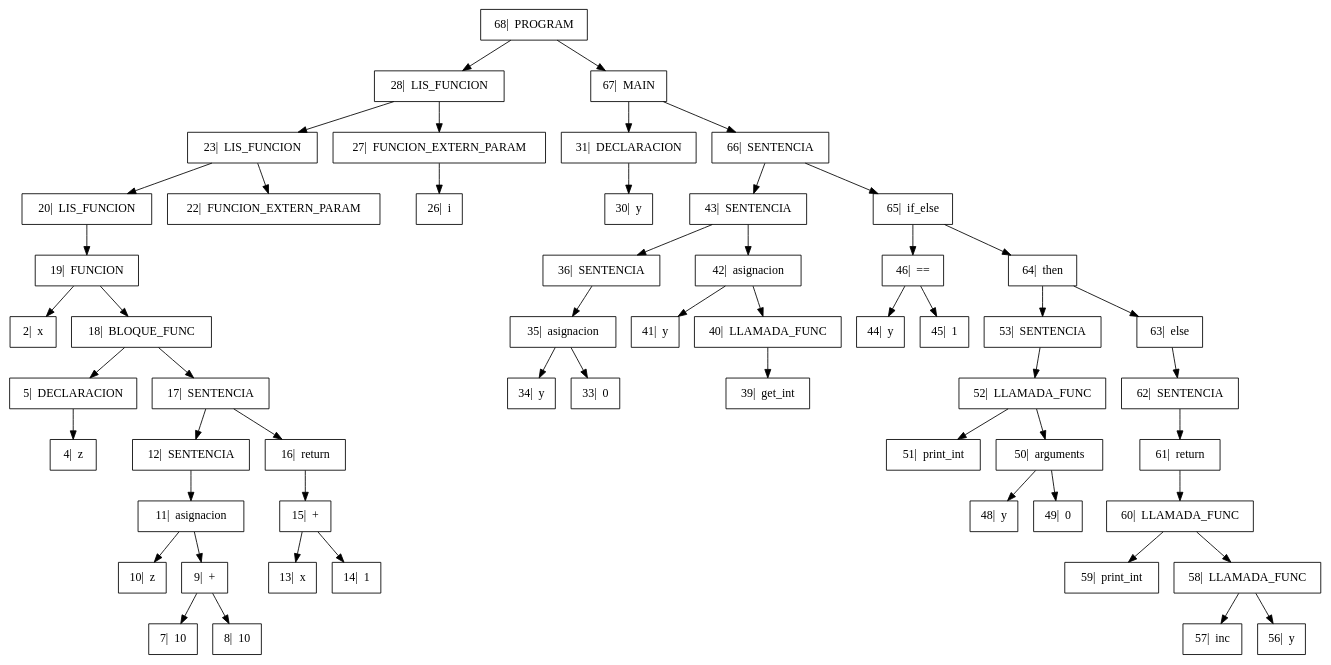
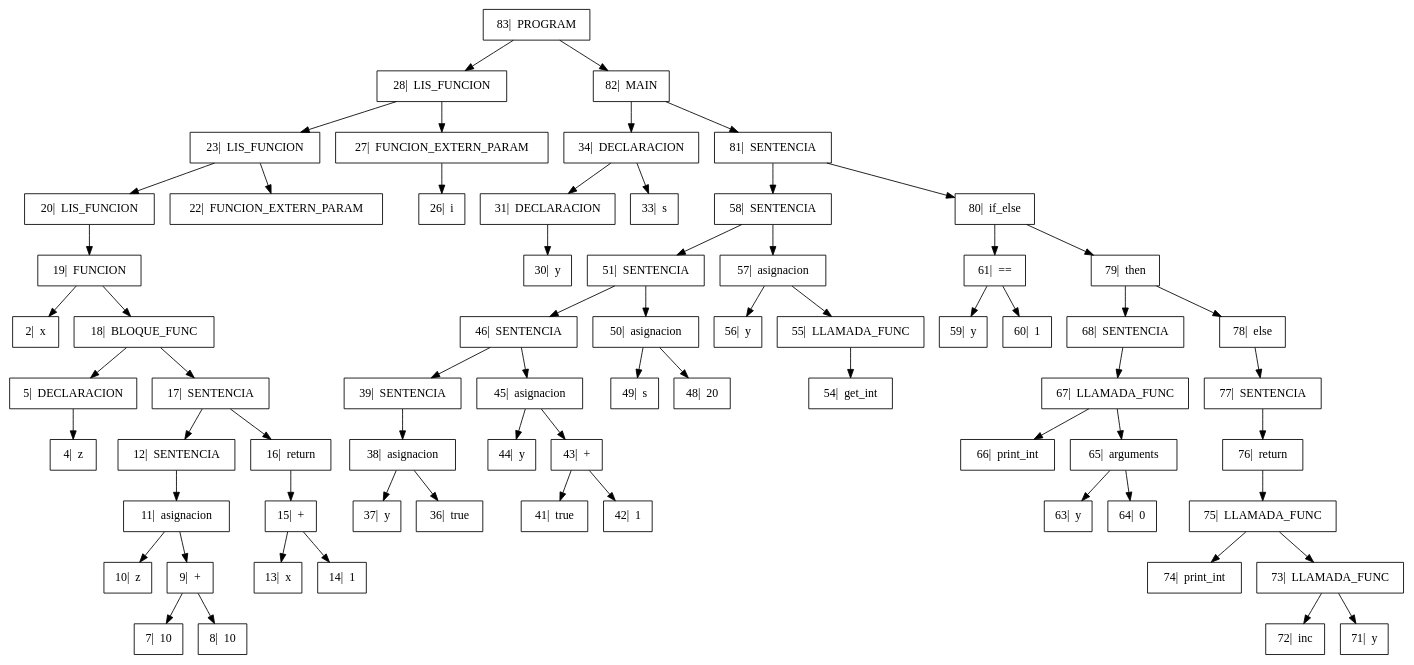
The diagram in Proyecto/output/Arbol.dot (GiovA07/PRE-PROYECTO-COMPILADORES), drawn with Graphviz before and after one commit. The commit also changed 11 other files, not shown here.

```diff
--- a/Proyecto/output/Arbol.dot
+++ b/Proyecto/output/Arbol.dot
@@ -1,39 +1,45 @@
 digraph{
 
 rankdir=TB;
 
 node[shape=box];
-"68|  PROGRAM" -> "28|  LIS_FUNCION", "67|  MAIN";
+"83|  PROGRAM" -> "28|  LIS_FUNCION", "82|  MAIN";
 "28|  LIS_FUNCION" -> "23|  LIS_FUNCION", "27|  FUNCION_EXTERN_PARAM";
 "23|  LIS_FUNCION" -> "20|  LIS_FUNCION", "22|  FUNCION_EXTERN_PARAM";
 "20|  LIS_FUNCION" -> "19|  FUNCION" ;
 "19|  FUNCION" -> "2|  x", "18|  BLOQUE_FUNC";
 "18|  BLOQUE_FUNC" -> "5|  DECLARACION", "17|  SENTENCIA";
 "5|  DECLARACION" -> "4|  z" ;
 "17|  SENTENCIA" -> "12|  SENTENCIA", "16|  return";
 "12|  SENTENCIA" -> "11|  asignacion" ;
 "11|  asignacion" -> "10|  z", "9|  +";
 "9|  +" -> "7|  10", "8|  10";
 "16|  return" -> "15|  +" ;
 "15|  +" -> "13|  x", "14|  1";
 "27|  FUNCION_EXTERN_PARAM" -> "26|  i" ;
-"67|  MAIN" -> "31|  DECLARACION", "66|  SENTENCIA";
+"82|  MAIN" -> "34|  DECLARACION", "81|  SENTENCIA";
+"34|  DECLARACION" -> "31|  DECLARACION", "33|  s";
 "31|  DECLARACION" -> "30|  y" ;
-"66|  SENTENCIA" -> "43|  SENTENCIA", "65|  if_else";
-"43|  SENTENCIA" -> "36|  SENTENCIA", "42|  asignacion";
-"36|  SENTENCIA" -> "35|  asignacion" ;
-"35|  asignacion" -> "34|  y", "33|  0";
-"42|  asignacion" -> "41|  y", "40|  LLAMADA_FUNC";
-"40|  LLAMADA_FUNC" -> "39|  get_int" ;
-"65|  if_else" -> "46|  ==", "64|  then";
-"46|  ==" -> "44|  y", "45|  1";
-"64|  then" -> "53|  SENTENCIA", "63|  else";
-"53|  SENTENCIA" -> "52|  LLAMADA_FUNC" ;
-"52|  LLAMADA_FUNC" -> "51|  print_int", "50|  arguments";
-"50|  arguments" -> "48|  y", "49|  0";
-"63|  else" -> "62|  SENTENCIA" ;
-"62|  SENTENCIA" -> "61|  return" ;
-"61|  return" -> "60|  LLAMADA_FUNC" ;
-"60|  LLAMADA_FUNC" -> "59|  print_int", "58|  LLAMADA_FUNC";
-"58|  LLAMADA_FUNC" -> "57|  inc", "56|  y";
+"81|  SENTENCIA" -> "58|  SENTENCIA", "80|  if_else";
+"58|  SENTENCIA" -> "51|  SENTENCIA", "57|  asignacion";
+"51|  SENTENCIA" -> "46|  SENTENCIA", "50|  asignacion";
+"46|  SENTENCIA" -> "39|  SENTENCIA", "45|  asignacion";
+"39|  SENTENCIA" -> "38|  asignacion" ;
+"38|  asignacion" -> "37|  y", "36|  true";
+"45|  asignacion" -> "44|  y", "43|  +";
+"43|  +" -> "41|  true", "42|  1";
+"50|  asignacion" -> "49|  s", "48|  20";
+"57|  asignacion" -> "56|  y", "55|  LLAMADA_FUNC";
+"55|  LLAMADA_FUNC" -> "54|  get_int" ;
+"80|  if_else" -> "61|  ==", "79|  then";
+"61|  ==" -> "59|  y", "60|  1";
+"79|  then" -> "68|  SENTENCIA", "78|  else";
+"68|  SENTENCIA" -> "67|  LLAMADA_FUNC" ;
+"67|  LLAMADA_FUNC" -> "66|  print_int", "65|  arguments";
+"65|  arguments" -> "63|  y", "64|  0";
+"78|  else" -> "77|  SENTENCIA" ;
+"77|  SENTENCIA" -> "76|  return" ;
+"76|  return" -> "75|  LLAMADA_FUNC" ;
+"75|  LLAMADA_FUNC" -> "74|  print_int", "73|  LLAMADA_FUNC";
+"73|  LLAMADA_FUNC" -> "72|  inc", "71|  y";
 }
```
